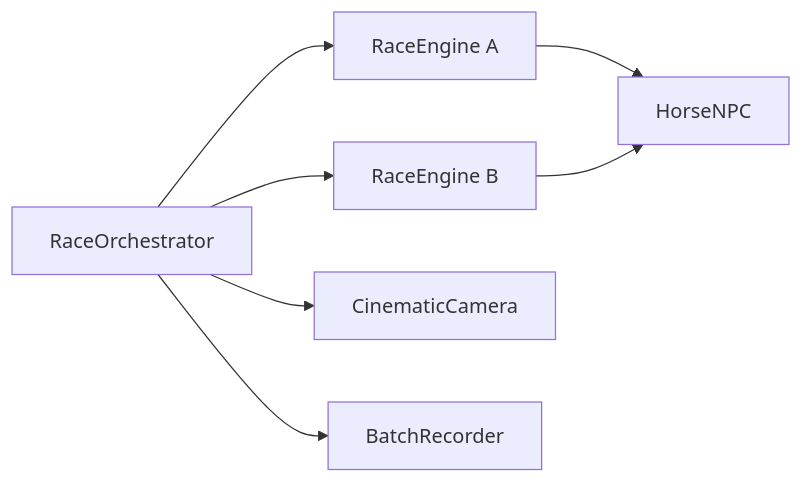
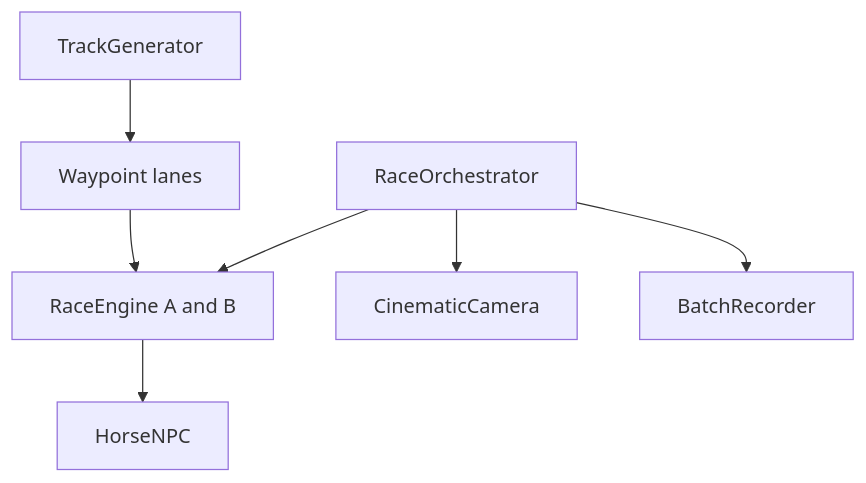
One commit to kendarte/horse-racer-simulation changed the diagram in docs/architecture.md. Above: the diagram before and after it, drawn with Mermaid. The commit also changed other lines of this file, not shown here.

Commit message:
Expand the camera and production pipeline documentation

````diff
--- a/docs/architecture.md
+++ b/docs/architecture.md
@@ -72,9 +95,9 @@
 ```mermaid
-flowchart LR
-    A[RaceOrchestrator] --> B[RaceEngine A]
-    A --> C[RaceEngine B]
-    A --> D[CinematicCamera]
-    B --> E[HorseNPC]
-    C --> E
-    A --> F[BatchRecorder]
+flowchart TD
+    A[TrackGenerator] --> B[Waypoint lanes]
+    B --> C[RaceEngine A and B]
+    D[RaceOrchestrator] --> C
+    D --> E[CinematicCamera]
+    C --> F[HorseNPC]
+    D --> G[BatchRecorder]
 ```
````
